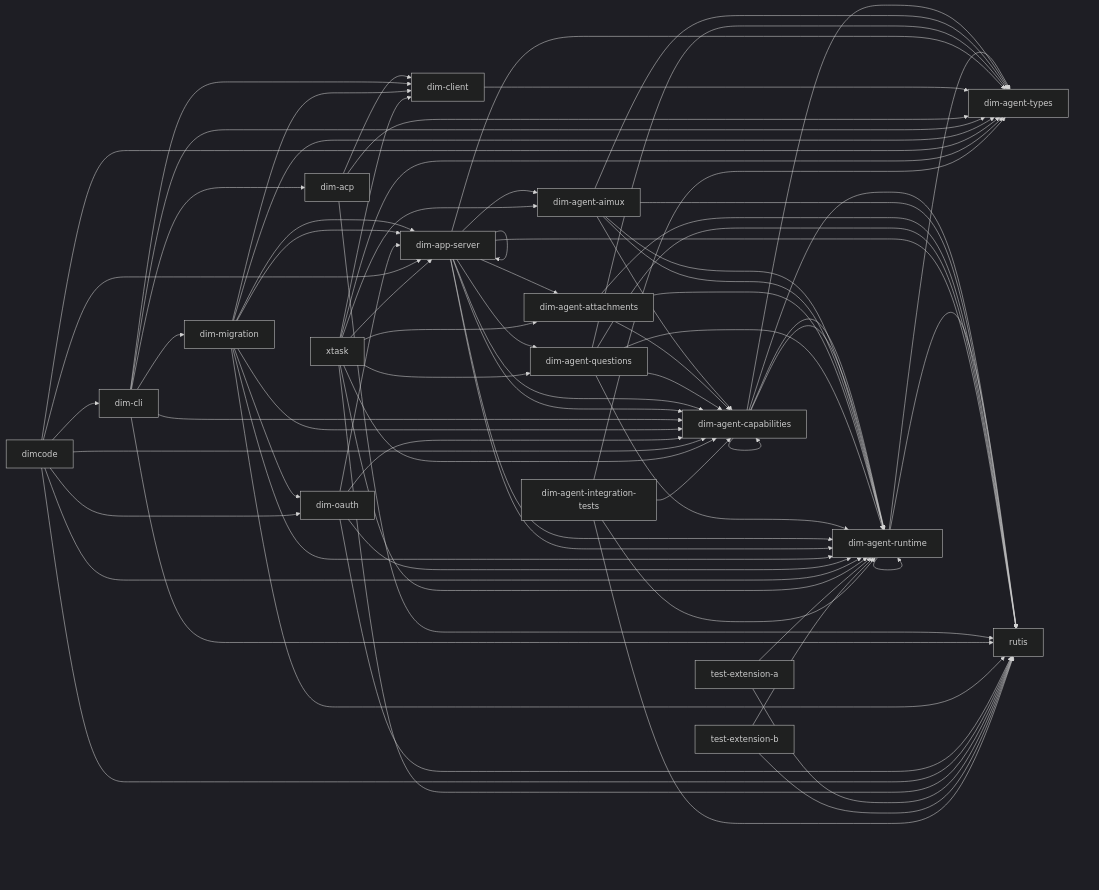
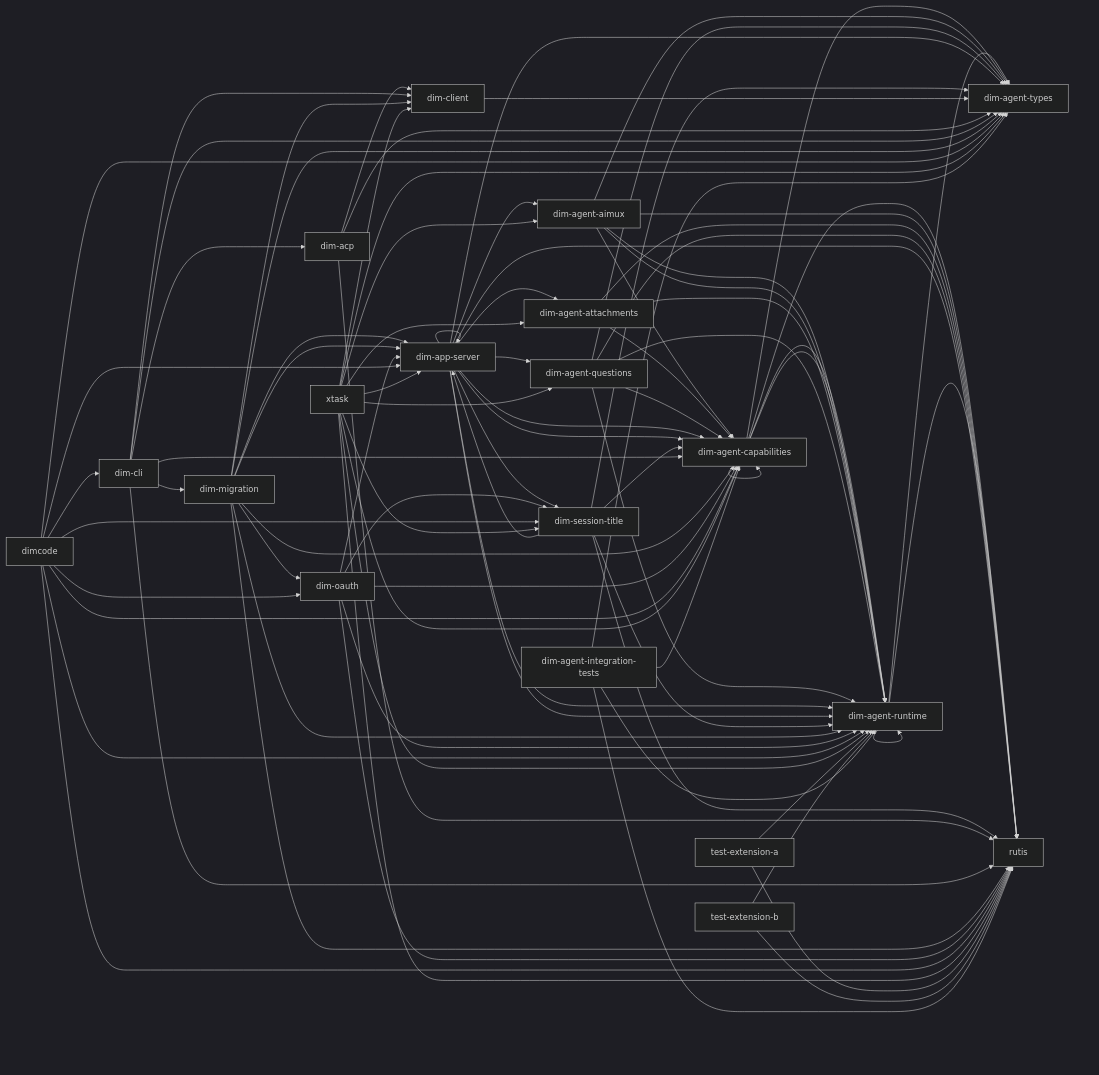
The diagram in docs/architecture/rust-agent/generated/crates.mmd (CoutinhoTTS/dim-agent), drawn with Mermaid (dark theme) before and after one commit. The commit also changed 40 other files, not shown here.

Commit message:
refactor(session-title): isolate plugin from the app server

```diff
--- a/docs/architecture/rust-agent/generated/crates.mmd
+++ b/docs/architecture/rust-agent/generated/crates.mmd
@@ -1,79 +1,88 @@
 %% Generated from cargo metadata; do not edit.
 flowchart LR
   dim_agent_runtime["dim-agent-runtime"] --> dim_agent_types["dim-agent-types"]
   dim_agent_runtime["dim-agent-runtime"] --> rutis["rutis"]
   dim_agent_runtime["dim-agent-runtime"] --> dim_agent_runtime["dim-agent-runtime"]
   dim_agent_capabilities["dim-agent-capabilities"] --> dim_agent_runtime["dim-agent-runtime"]
   dim_agent_capabilities["dim-agent-capabilities"] --> dim_agent_types["dim-agent-types"]
   dim_agent_capabilities["dim-agent-capabilities"] --> rutis["rutis"]
   dim_agent_capabilities["dim-agent-capabilities"] --> dim_agent_capabilities["dim-agent-capabilities"]
   dim_agent_capabilities["dim-agent-capabilities"] --> dim_agent_runtime["dim-agent-runtime"]
   dim_agent_aimux["dim-agent-aimux"] --> dim_agent_capabilities["dim-agent-capabilities"]
   dim_agent_aimux["dim-agent-aimux"] --> dim_agent_runtime["dim-agent-runtime"]
   dim_agent_aimux["dim-agent-aimux"] --> dim_agent_types["dim-agent-types"]
   dim_agent_aimux["dim-agent-aimux"] --> rutis["rutis"]
   dim_agent_aimux["dim-agent-aimux"] --> dim_agent_runtime["dim-agent-runtime"]
   dim_agent_attachments["dim-agent-attachments"] --> dim_agent_capabilities["dim-agent-capabilities"]
   dim_agent_attachments["dim-agent-attachments"] --> dim_agent_runtime["dim-agent-runtime"]
   dim_agent_attachments["dim-agent-attachments"] --> rutis["rutis"]
   dim_agent_questions["dim-agent-questions"] --> dim_agent_capabilities["dim-agent-capabilities"]
   dim_agent_questions["dim-agent-questions"] --> dim_agent_runtime["dim-agent-runtime"]
   dim_agent_questions["dim-agent-questions"] --> dim_agent_types["dim-agent-types"]
   dim_agent_questions["dim-agent-questions"] --> rutis["rutis"]
   dim_agent_questions["dim-agent-questions"] --> dim_agent_runtime["dim-agent-runtime"]
   dim_app_server["dim-app-server"] --> dim_agent_aimux["dim-agent-aimux"]
   dim_app_server["dim-app-server"] --> dim_agent_attachments["dim-agent-attachments"]
   dim_app_server["dim-app-server"] --> dim_agent_capabilities["dim-agent-capabilities"]
   dim_app_server["dim-app-server"] --> dim_agent_questions["dim-agent-questions"]
   dim_app_server["dim-app-server"] --> dim_agent_runtime["dim-agent-runtime"]
   dim_app_server["dim-app-server"] --> dim_agent_types["dim-agent-types"]
   dim_app_server["dim-app-server"] --> rutis["rutis"]
   dim_app_server["dim-app-server"] --> dim_agent_capabilities["dim-agent-capabilities"]
   dim_app_server["dim-app-server"] --> dim_agent_runtime["dim-agent-runtime"]
   dim_app_server["dim-app-server"] --> dim_app_server["dim-app-server"]
+  dim_app_server["dim-app-server"] --> dim_session_title["dim-session-title"]
+  dim_session_title["dim-session-title"] --> dim_agent_capabilities["dim-agent-capabilities"]
+  dim_session_title["dim-session-title"] --> dim_agent_runtime["dim-agent-runtime"]
+  dim_session_title["dim-session-title"] --> dim_agent_types["dim-agent-types"]
+  dim_session_title["dim-session-title"] --> dim_app_server["dim-app-server"]
+  dim_session_title["dim-session-title"] --> rutis["rutis"]
   dim_client["dim-client"] --> dim_agent_types["dim-agent-types"]
   dim_acp["dim-acp"] --> dim_agent_types["dim-agent-types"]
   dim_acp["dim-acp"] --> dim_client["dim-client"]
   dim_acp["dim-acp"] --> rutis["rutis"]
   dim_cli["dim-cli"] --> dim_acp["dim-acp"]
   dim_cli["dim-cli"] --> dim_agent_capabilities["dim-agent-capabilities"]
   dim_cli["dim-cli"] --> dim_agent_types["dim-agent-types"]
   dim_cli["dim-cli"] --> dim_client["dim-client"]
   dim_cli["dim-cli"] --> dim_migration["dim-migration"]
   dim_cli["dim-cli"] --> rutis["rutis"]
   dim_migration["dim-migration"] --> dim_agent_capabilities["dim-agent-capabilities"]
   dim_migration["dim-migration"] --> dim_agent_runtime["dim-agent-runtime"]
   dim_migration["dim-migration"] --> dim_agent_types["dim-agent-types"]
   dim_migration["dim-migration"] --> dim_app_server["dim-app-server"]
   dim_migration["dim-migration"] --> rutis["rutis"]
   dim_migration["dim-migration"] --> dim_app_server["dim-app-server"]
   dim_migration["dim-migration"] --> dim_client["dim-client"]
   dim_migration["dim-migration"] --> dim_oauth["dim-oauth"]
   dim_oauth["dim-oauth"] --> dim_agent_capabilities["dim-agent-capabilities"]
   dim_oauth["dim-oauth"] --> dim_agent_runtime["dim-agent-runtime"]
   dim_oauth["dim-oauth"] --> dim_app_server["dim-app-server"]
+  dim_oauth["dim-oauth"] --> dim_session_title["dim-session-title"]
   dim_oauth["dim-oauth"] --> rutis["rutis"]
   dimcode["dimcode"] --> dim_app_server["dim-app-server"]
   dimcode["dimcode"] --> dim_cli["dim-cli"]
   dimcode["dimcode"] --> dim_oauth["dim-oauth"]
+  dimcode["dimcode"] --> dim_session_title["dim-session-title"]
   dimcode["dimcode"] --> dim_agent_capabilities["dim-agent-capabilities"]
   dimcode["dimcode"] --> dim_agent_runtime["dim-agent-runtime"]
   dimcode["dimcode"] --> dim_agent_types["dim-agent-types"]
   dimcode["dimcode"] --> rutis["rutis"]
   xtask["xtask"] --> dim_agent_aimux["dim-agent-aimux"]
   xtask["xtask"] --> dim_agent_attachments["dim-agent-attachments"]
   xtask["xtask"] --> dim_agent_capabilities["dim-agent-capabilities"]
   xtask["xtask"] --> dim_agent_questions["dim-agent-questions"]
   xtask["xtask"] --> dim_agent_runtime["dim-agent-runtime"]
   xtask["xtask"] --> dim_agent_types["dim-agent-types"]
   xtask["xtask"] --> dim_app_server["dim-app-server"]
   xtask["xtask"] --> dim_client["dim-client"]
+  xtask["xtask"] --> dim_session_title["dim-session-title"]
   xtask["xtask"] --> rutis["rutis"]
   test_extension_a["test-extension-a"] --> dim_agent_runtime["dim-agent-runtime"]
   test_extension_a["test-extension-a"] --> rutis["rutis"]
   test_extension_b["test-extension-b"] --> dim_agent_runtime["dim-agent-runtime"]
   test_extension_b["test-extension-b"] --> rutis["rutis"]
   dim_agent_integration_tests["dim-agent-integration-tests"] --> dim_agent_capabilities["dim-agent-capabilities"]
   dim_agent_integration_tests["dim-agent-integration-tests"] --> dim_agent_runtime["dim-agent-runtime"]
   dim_agent_integration_tests["dim-agent-integration-tests"] --> dim_agent_types["dim-agent-types"]
   dim_agent_integration_tests["dim-agent-integration-tests"] --> rutis["rutis"]
```
